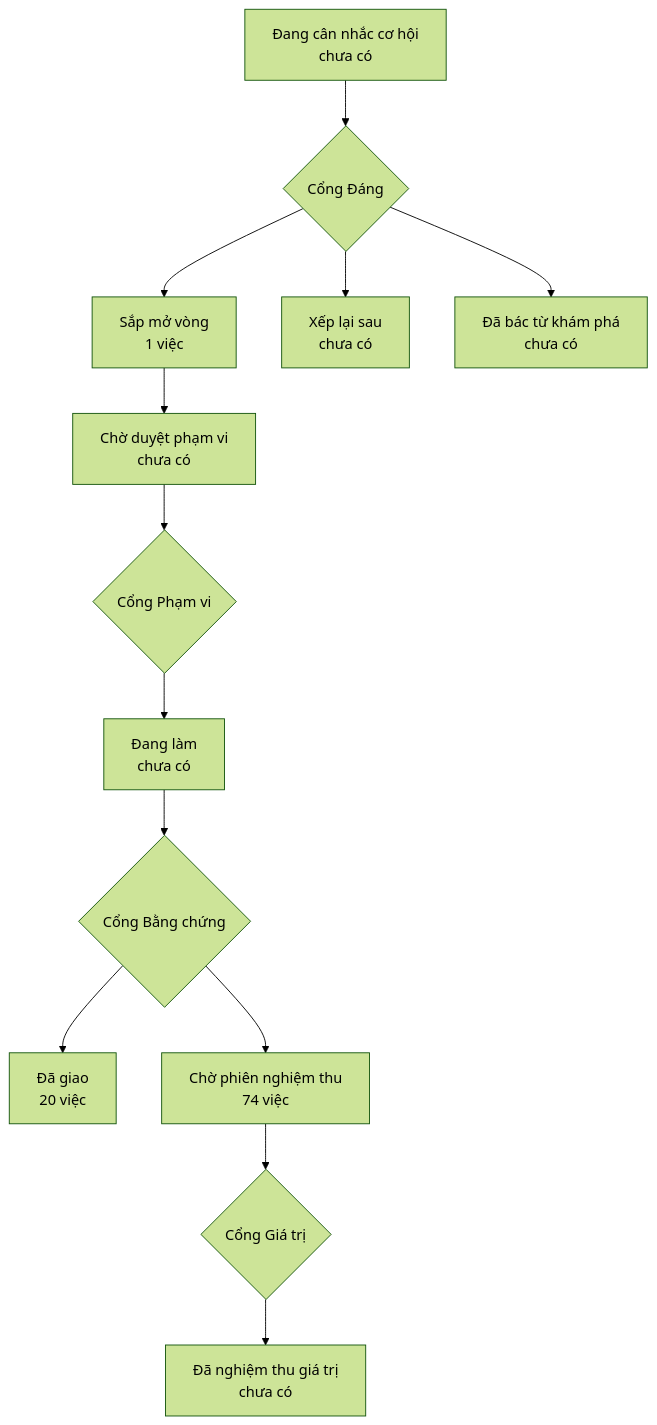
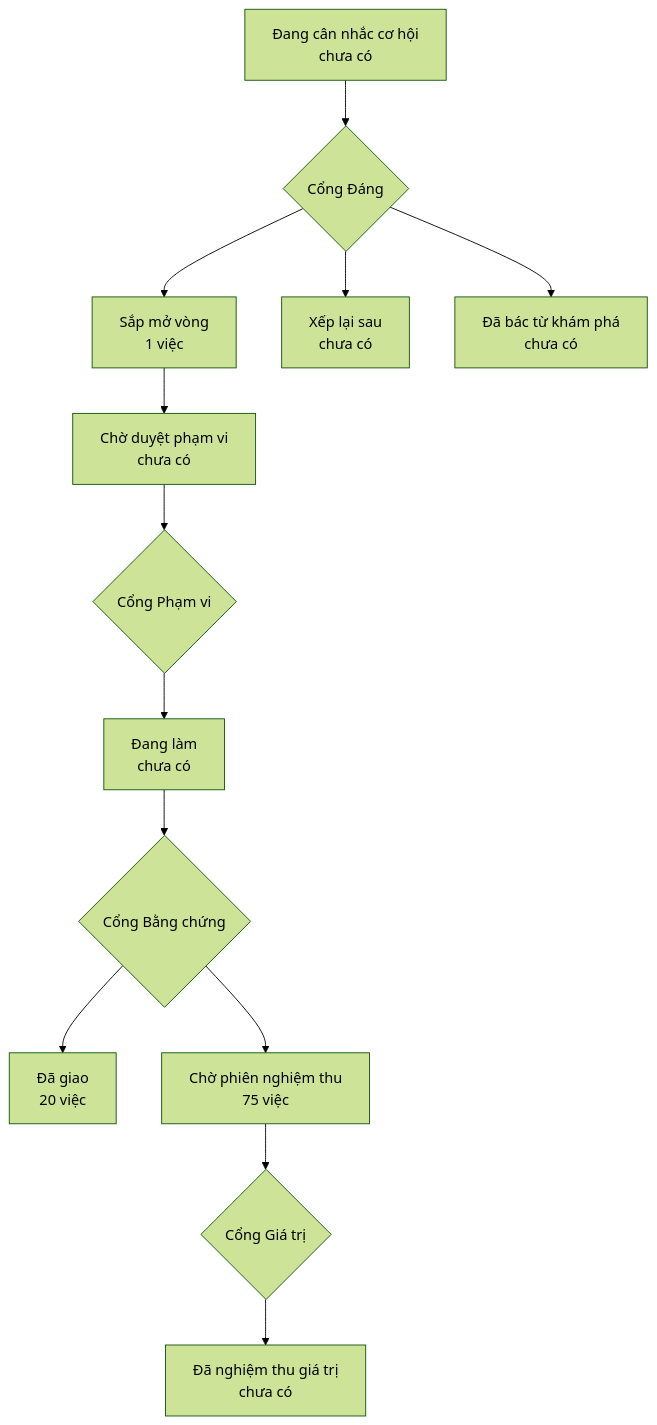
One commit to phanlemanh/onehub-quy-hang changed the diagram in PRODUCT-MAP.md. Above: the diagram before and after it, drawn with Mermaid (forest theme). The commit also changed other lines of this file and 1 other file, not shown here.

Commit message:
chore: vẽ lại bản đồ sau khi gộp nhánh chính (hàng 89)

````diff
--- a/PRODUCT-MAP.md
+++ b/PRODUCT-MAP.md
@@ -7,12 +7,12 @@
 ```mermaid
 flowchart TD
   A["Đang cân nhắc cơ hội<br/>chưa có"] --> GD{"Cổng Đáng"}
   GD --> B["Sắp mở vòng<br/>1 việc"]
   GD --> XL["Xếp lại sau<br/>chưa có"]
   GD --> DB["Đã bác từ khám phá<br/>chưa có"]
   B --> CD["Chờ duyệt phạm vi<br/>chưa có"] --> GP{"Cổng Phạm vi"}
   GP --> DL["Đang làm<br/>chưa có"] --> GB{"Cổng Bằng chứng"}
   GB --> DG["Đã giao<br/>20 việc"]
-  GB --> CN["Chờ phiên nghiệm thu<br/>74 việc"] --> GG{"Cổng Giá trị"}
+  GB --> CN["Chờ phiên nghiệm thu<br/>75 việc"] --> GG{"Cổng Giá trị"}
   GG --> NT["Đã nghiệm thu giá trị<br/>chưa có"]
 ```
````
